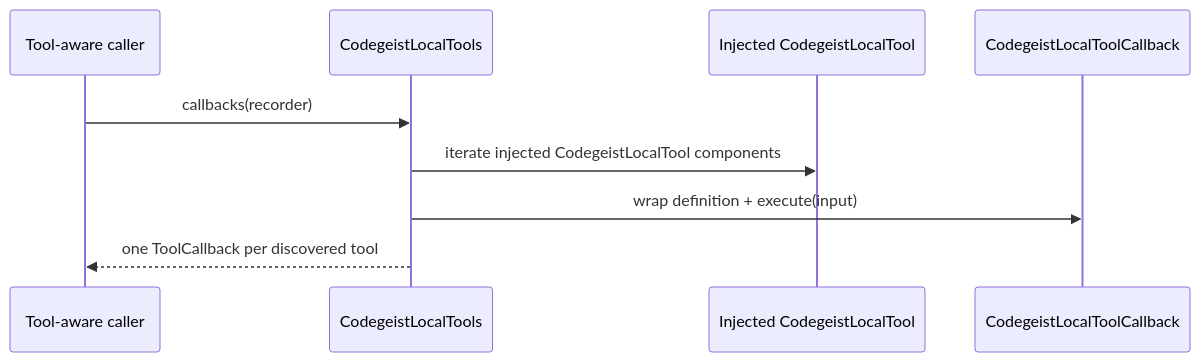
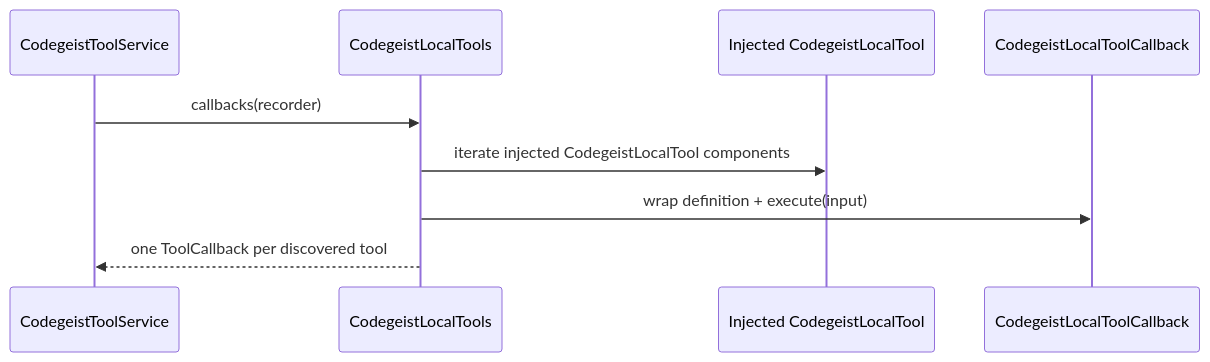
One commit to codegeist-ai/codegeist changed the second of 3 diagrams in docs/developer/architecture/local-file-tools.md. Above: the diagram before and after it, drawn with Mermaid. The commit also changed other lines of this file and 35 other files, not shown here.

First line of the commit message:
feat(chat): add tool-aware chat harness

````diff
--- a/docs/developer/architecture/local-file-tools.md
+++ b/docs/developer/architecture/local-file-tools.md
@@ -187,12 +213,12 @@
 ```mermaid
 sequenceDiagram
-    participant Caller as Tool-aware caller
+    participant Caller as CodegeistToolService
     participant LocalTools as CodegeistLocalTools
     participant Tool as Injected CodegeistLocalTool
     participant Callback as CodegeistLocalToolCallback
 
     Caller->>LocalTools: callbacks(recorder)
     LocalTools->>Tool: iterate injected CodegeistLocalTool components
     LocalTools->>Callback: wrap definition + execute(input)
     LocalTools-->>Caller: one ToolCallback per discovered tool
 ```
````
